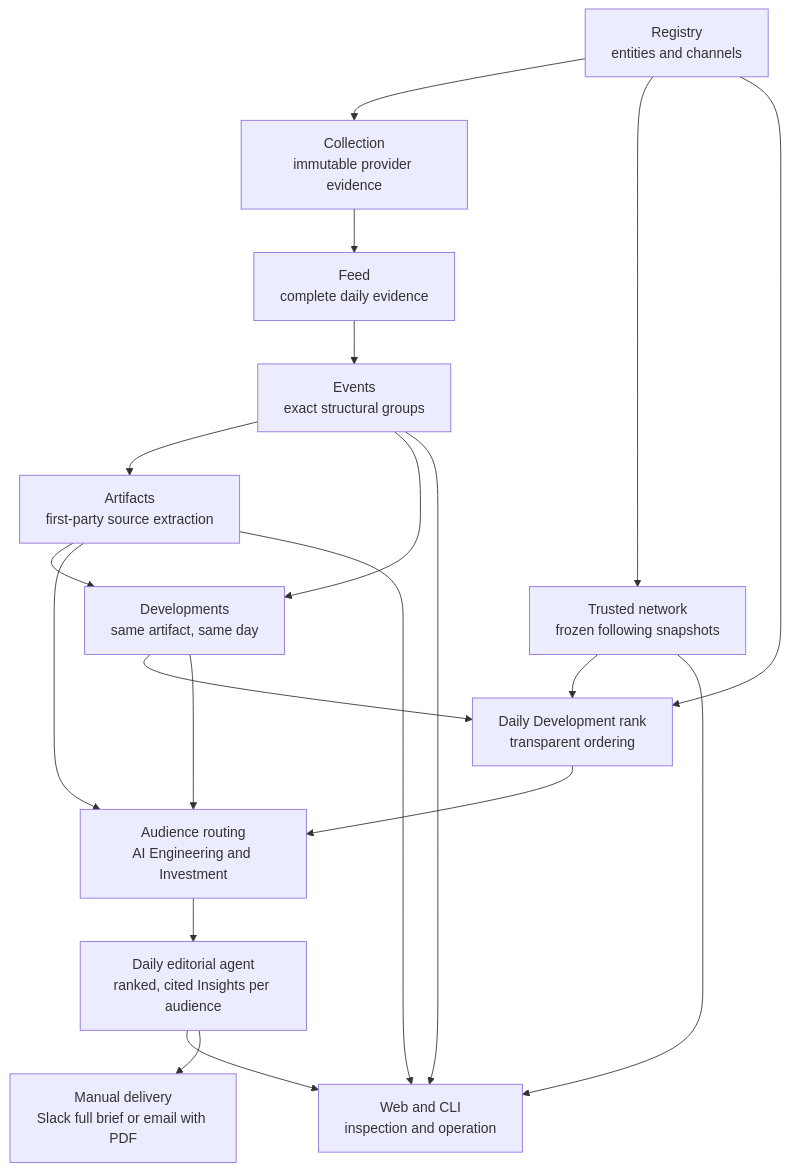
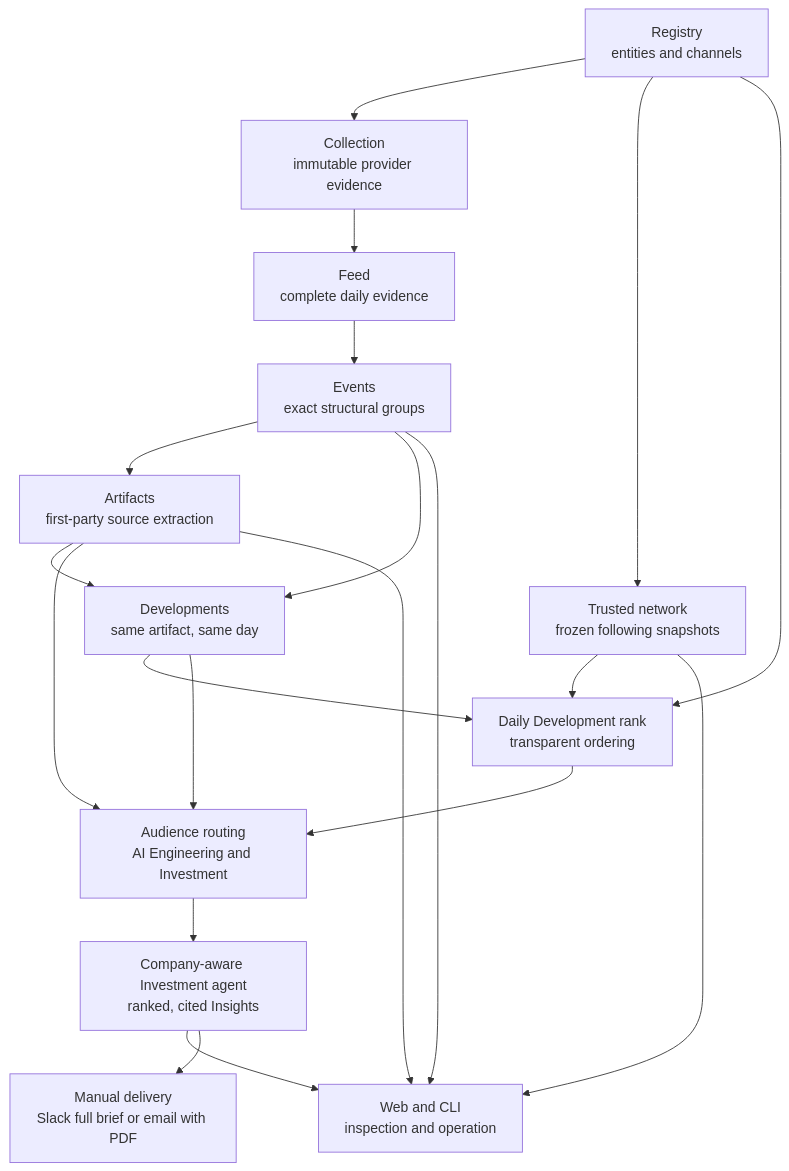
One commit to AdithyanI/frontier-lab-intelligence changed the diagram in docs/architecture/overview.md. Above: the diagram before and after it, drawn with Mermaid. The commit also changed other lines of this file and 57 other files, not shown here.

````diff
--- a/docs/architecture/overview.md
+++ b/docs/architecture/overview.md
@@ -15,22 +15,22 @@
 ```mermaid
 flowchart TD
     R["Registry<br/>entities and channels"] --> C["Collection<br/>immutable provider evidence"]
     R --> N["Trusted network<br/>frozen following snapshots"]
     C --> F["Feed<br/>complete daily evidence"]
     F --> E["Events<br/>exact structural groups"]
     E --> A["Artifacts<br/>first-party source extraction"]
     E --> V["Developments<br/>same artifact, same day"]
     A --> V
     N --> S["Daily Development rank<br/>transparent ordering"]
     R --> S
     V --> S
     V --> Q["Audience routing<br/>AI Engineering and Investment"]
     A --> Q
     S --> Q
-    Q --> I["Daily editorial agent<br/>ranked, cited Insights per audience"]
+    Q --> I["Company-aware Investment agent<br/>ranked, cited Insights"]
     I --> W["Web and CLI<br/>inspection and operation"]
     I --> D["Manual delivery<br/>Slack full brief or email with PDF"]
     E --> W
     A --> W
     N --> W
 ```
````
